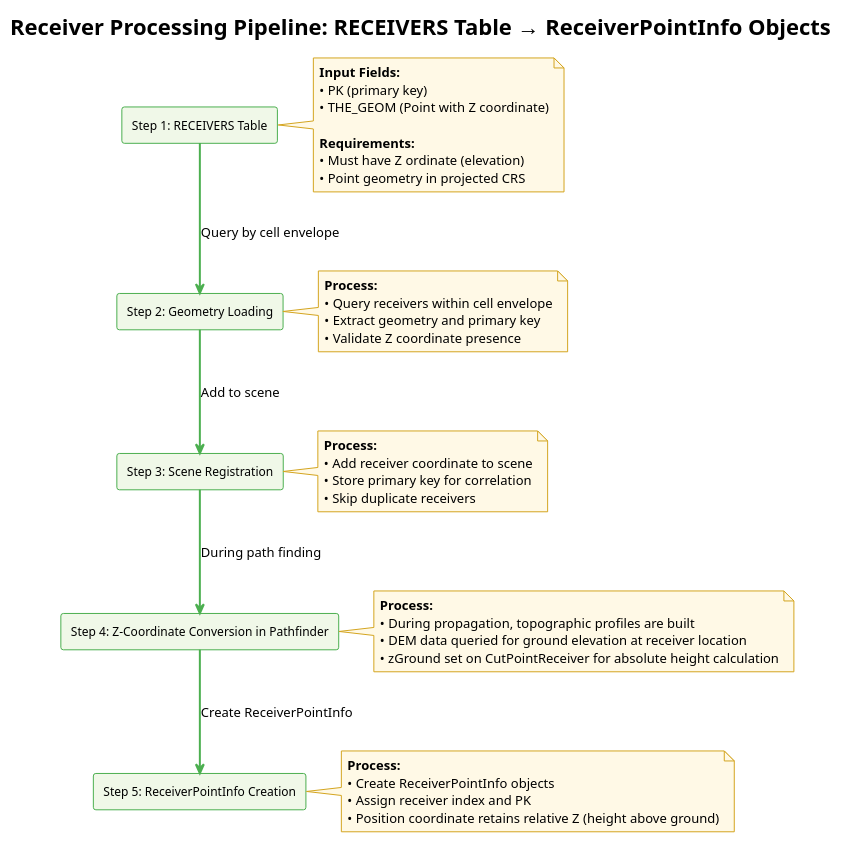
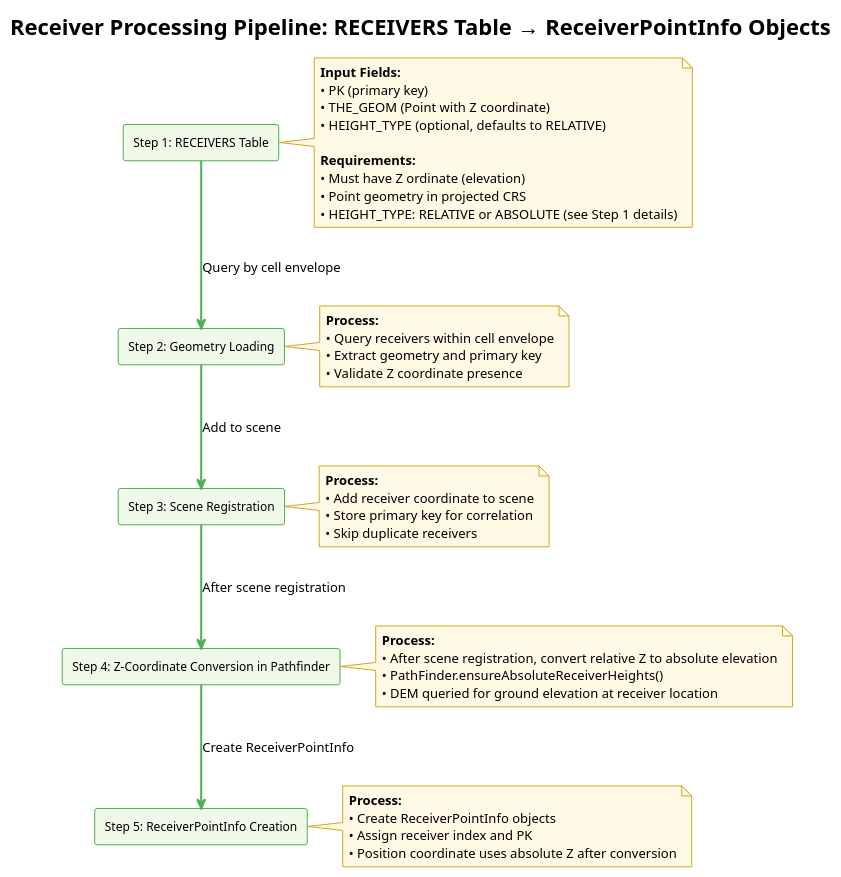
The first of 2 diagrams in Docs-dev/receiver_algorithms.md (jtagusari/NoiseModelling), drawn with PlantUML before and after one commit. The commit also changed other lines of this file and 75 other files, not shown here.

````diff
--- a/Docs-dev/receiver_algorithms.md
+++ b/Docs-dev/receiver_algorithms.md
@@ -20,68 +20,70 @@
 ```plantuml
 @startuml
 !theme plain
 skinparam rectangle {
   BackgroundColor #F0F8E8
   BorderColor #4CAF50
   FontSize 12
 }
 skinparam note {
   BackgroundColor #FFF9E6
   BorderColor #D4A520
 }
 skinparam arrow {
   Color #4CAF50
   Thickness 2
 }
 
 title Receiver Processing Pipeline: RECEIVERS Table → ReceiverPointInfo Objects
 
 rectangle "Step 1: RECEIVERS Table" as step1 #F0F8E8
 note right of step1
   **Input Fields:**
   • PK (primary key)
   • THE_GEOM (Point with Z coordinate)
+  • HEIGHT_TYPE (optional, defaults to RELATIVE)
   
   **Requirements:**
   • Must have Z ordinate (elevation)
   • Point geometry in projected CRS
+  • HEIGHT_TYPE: RELATIVE or ABSOLUTE (see Step 1 details)
 end note
 
 rectangle "Step 2: Geometry Loading" as step2 #F0F8E8
 note right of step2
   **Process:**
   • Query receivers within cell envelope
   • Extract geometry and primary key
   • Validate Z coordinate presence
 end note
 
 rectangle "Step 3: Scene Registration" as step3 #F0F8E8
 note right of step3
   **Process:**
   • Add receiver coordinate to scene
   • Store primary key for correlation
   • Skip duplicate receivers
 end note
 
 rectangle "Step 4: Z-Coordinate Conversion in Pathfinder" as step4 #F0F8E8
 note right of step4
   **Process:**
-  • During propagation, topographic profiles are built
-  • DEM data queried for ground elevation at receiver location
-  • zGround set on CutPointReceiver for absolute height calculation
+  • After scene registration, convert relative Z to absolute elevation
+  • PathFinder.ensureAbsoluteReceiverHeights()
+  • DEM queried for ground elevation at receiver location
 end note
 
 rectangle "Step 5: ReceiverPointInfo Creation" as step5 #F0F8E8
 note right of step5
   **Process:**
   • Create ReceiverPointInfo objects
   • Assign receiver index and PK
-  • Position coordinate retains relative Z (height above ground)
+  • Position coordinate uses absolute Z after conversion
 end note
 
 step1 --> step2 : Query by cell envelope
 step2 --> step3 : Add to scene
-step3 --> step4 : During path finding
+step3 --> step4 : After scene registration
 step4 --> step5 : Create ReceiverPointInfo
 @enduml
 ```
````
